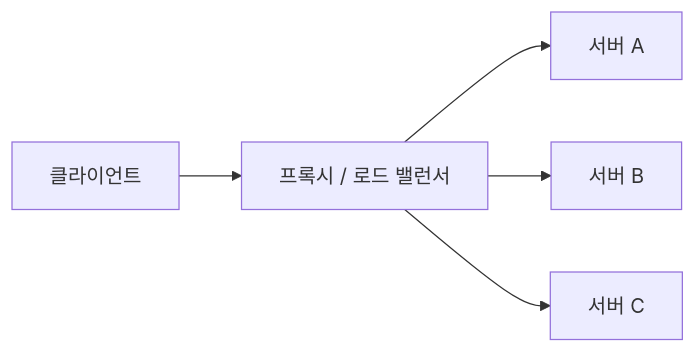
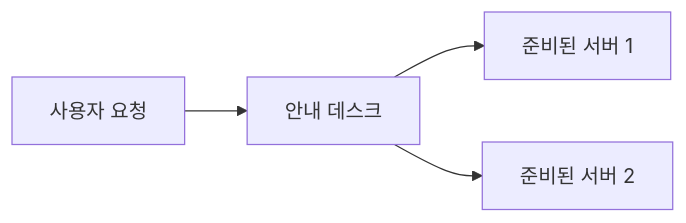
The diagram in content/topics/load-balancing.md (moocongpapa/it-study), drawn with Mermaid before and after one commit. The commit also changed other lines of this file and 71 other files, not shown here.

````diff
--- a/content/topics/load-balancing.md
+++ b/content/topics/load-balancing.md
@@ -6,7 +20,6 @@
 ```mermaid
 flowchart LR
-  U["클라이언트"] --> L["프록시 / 로드 밸런서"]
-  L --> A["서버 A"]
-  L --> B["서버 B"]
-  L --> C["서버 C"]
+ A["사용자 요청"] --> B["안내 데스크"]
+ B --> C["준비된 서버 1"]
+ B --> D["준비된 서버 2"]
 ```
````
